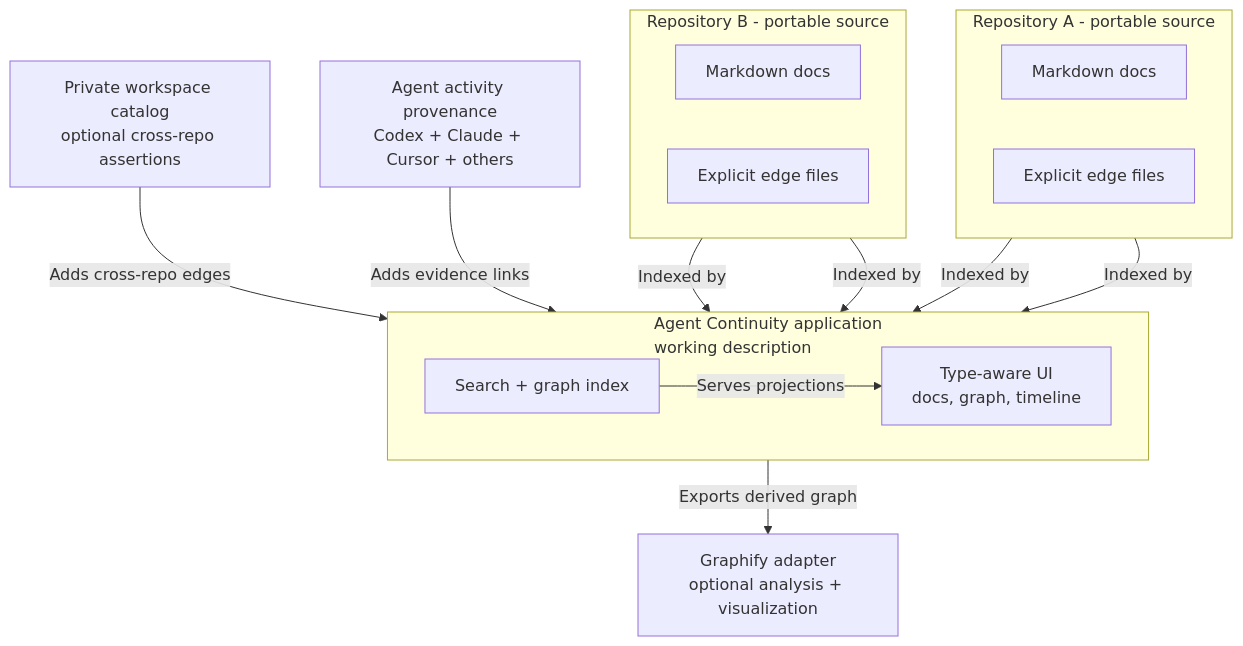
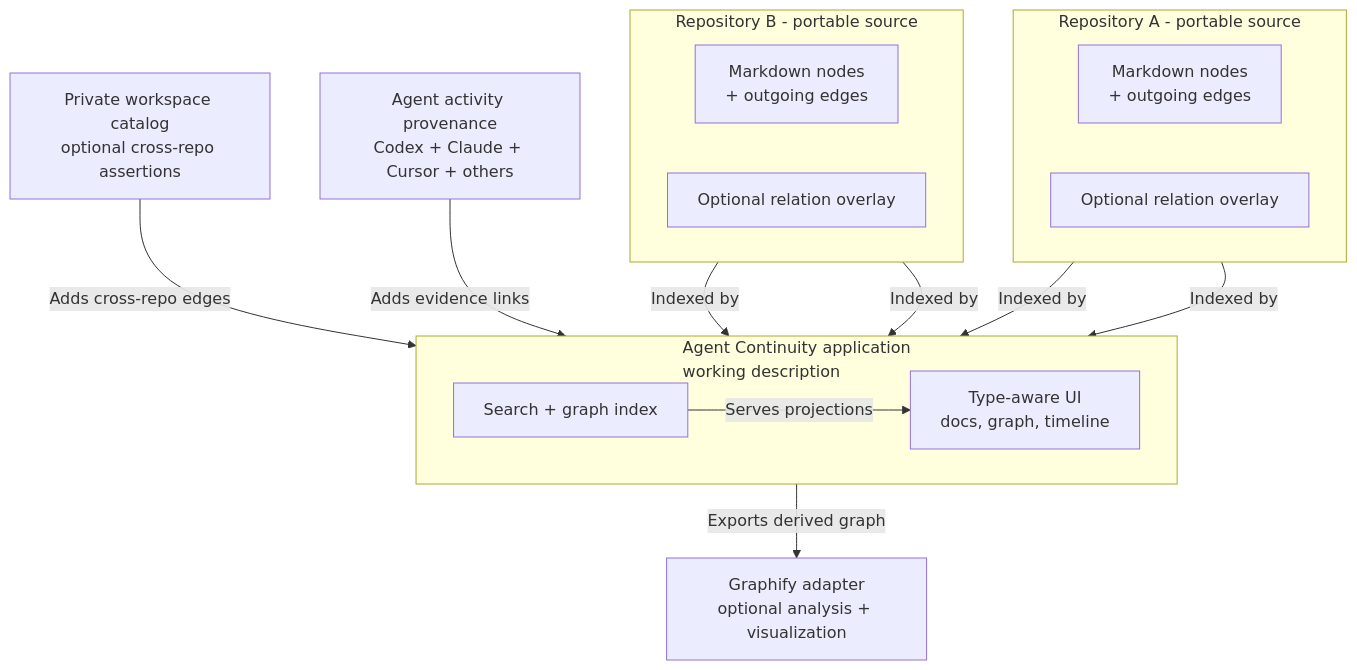
The fifth of 8 diagrams in agent-continuity/ideas/IDEA-0003-federated-document-library-and-relationship-graph.md (owensantoso/AGENT-DOCS), drawn with Mermaid before and after one commit. The commit also changed other lines of this file and 3 other files, not shown here.

Commit message:
Clarify graph storage and UUIDv7 direction

````diff
--- a/agent-continuity/ideas/IDEA-0003-federated-document-library-and-relationship-graph.md
+++ b/agent-continuity/ideas/IDEA-0003-federated-document-library-and-relationship-graph.md
@@ -270,34 +252,34 @@
 ```mermaid
 flowchart TD
     subgraph R1["Repository A - portable source"]
         direction LR
-        D1["Markdown docs"]
-        E1["Explicit edge files"]
+        D1["Markdown nodes<br/>+ outgoing edges"]
+        E1["Optional relation overlay"]
     end
 
     subgraph R2["Repository B - portable source"]
         direction LR
-        D2["Markdown docs"]
-        E2["Explicit edge files"]
+        D2["Markdown nodes<br/>+ outgoing edges"]
+        E2["Optional relation overlay"]
     end
 
     CATALOG["Private workspace catalog<br/>optional cross-repo assertions"]
     ACTIVITY["Agent activity provenance<br/>Codex + Claude + Cursor + others"]
 
     subgraph LIBRARY["Agent Continuity application<br/>working description"]
         direction LR
         INDEX["Search + graph index"]
         UI["Type-aware UI<br/>docs, graph, timeline"]
         INDEX -->|"Serves projections"| UI
     end
 
     GRAPHIFY["Graphify adapter<br/>optional analysis + visualization"]
 
     D1 -->|"Indexed by"| INDEX
     E1 -->|"Indexed by"| INDEX
     D2 -->|"Indexed by"| INDEX
     E2 -->|"Indexed by"| INDEX
     CATALOG -->|"Adds cross-repo edges"| INDEX
     ACTIVITY -->|"Adds evidence links"| INDEX
     INDEX -->|"Exports derived graph"| GRAPHIFY
 ```
````
